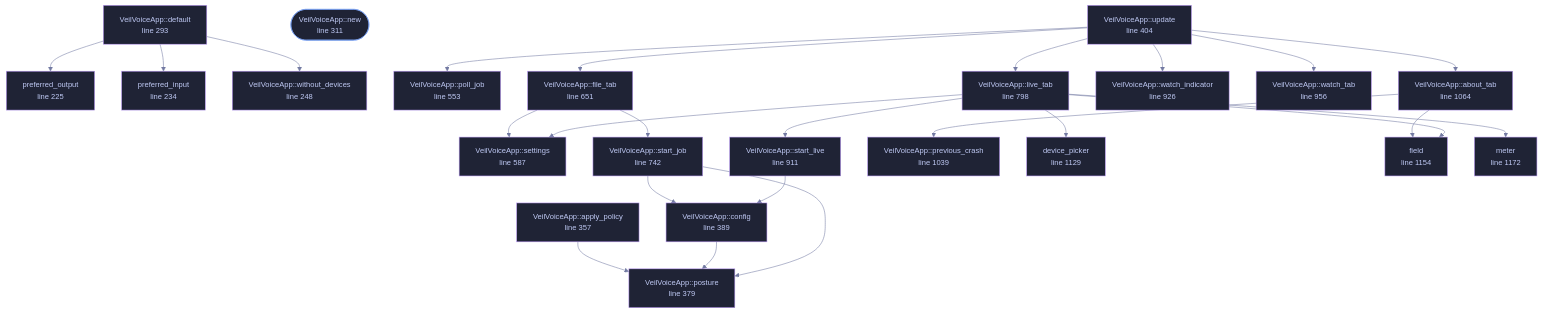
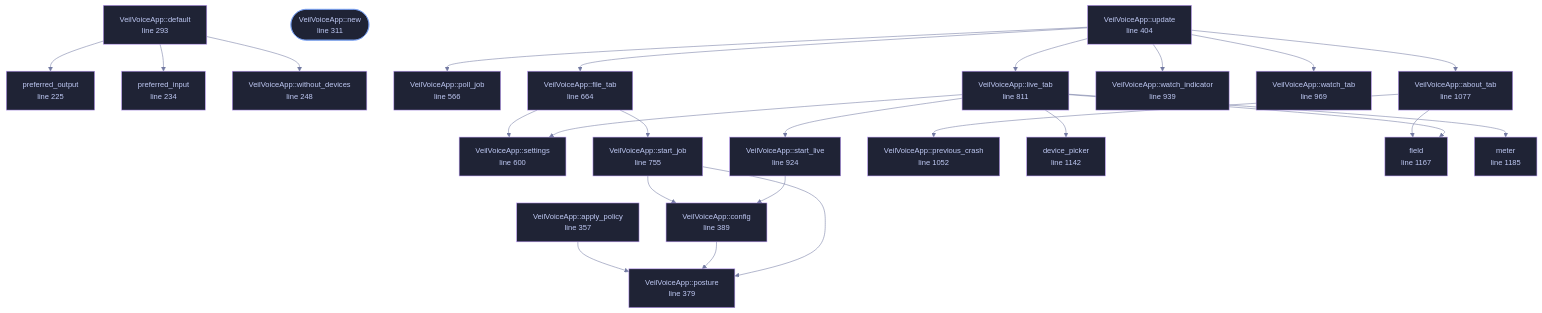
One commit to tilas01/veilvoice changed the diagram in docs/files/veilvoice-gui/app.md. Above: the diagram before and after it, drawn with Mermaid. The commit also changed other lines of this file and 25 other files, not shown here.

````diff
--- a/docs/files/veilvoice-gui/app.md
+++ b/docs/files/veilvoice-gui/app.md
@@ -162,75 +162,75 @@
 ```mermaid
 %%{init: {"theme":"base","themeVariables":{"background":"#1a1b26","primaryColor":"#1f2335","primaryTextColor":"#c0caf5","primaryBorderColor":"#7aa2f7","secondaryColor":"#16161e","tertiaryColor":"#16161e","lineColor":"#737aa2","textColor":"#c0caf5","mainBkg":"#1f2335","nodeBorder":"#7aa2f7","clusterBkg":"#16161e","clusterBorder":"#2f3549","fontFamily":"ui-monospace, SFMono-Regular, Consolas, monospace","fontSize":"14px"}}}%%
 flowchart TD
     n_preferred_output["preferred_output<br/>line 225"]
     n_preferred_input["preferred_input<br/>line 234"]
     n_without_devices["VeilVoiceApp::without_devices<br/>line 248"]
     n_default["VeilVoiceApp::default<br/>line 293"]
     n_new(["VeilVoiceApp::new<br/>line 311"])
     n_apply_policy["VeilVoiceApp::apply_policy<br/>line 357"]
     n_posture["VeilVoiceApp::posture<br/>line 379"]
     n_config["VeilVoiceApp::config<br/>line 389"]
     n_update["VeilVoiceApp::update<br/>line 404"]
-    n_poll_job["VeilVoiceApp::poll_job<br/>line 553"]
-    n_settings["VeilVoiceApp::settings<br/>line 587"]
-    n_file_tab["VeilVoiceApp::file_tab<br/>line 651"]
-    n_start_job["VeilVoiceApp::start_job<br/>line 742"]
-    n_live_tab["VeilVoiceApp::live_tab<br/>line 798"]
-    n_start_live["VeilVoiceApp::start_live<br/>line 911"]
-    n_watch_indicator["VeilVoiceApp::watch_indicator<br/>line 926"]
-    n_watch_tab["VeilVoiceApp::watch_tab<br/>line 956"]
-    n_previous_crash["VeilVoiceApp::previous_crash<br/>line 1039"]
-    n_about_tab["VeilVoiceApp::about_tab<br/>line 1064"]
-    n_device_picker["device_picker<br/>line 1129"]
-    n_field["field<br/>line 1154"]
-    n_meter["meter<br/>line 1172"]
+    n_poll_job["VeilVoiceApp::poll_job<br/>line 566"]
+    n_settings["VeilVoiceApp::settings<br/>line 600"]
+    n_file_tab["VeilVoiceApp::file_tab<br/>line 664"]
+    n_start_job["VeilVoiceApp::start_job<br/>line 755"]
+    n_live_tab["VeilVoiceApp::live_tab<br/>line 811"]
+    n_start_live["VeilVoiceApp::start_live<br/>line 924"]
+    n_watch_indicator["VeilVoiceApp::watch_indicator<br/>line 939"]
+    n_watch_tab["VeilVoiceApp::watch_tab<br/>line 969"]
+    n_previous_crash["VeilVoiceApp::previous_crash<br/>line 1052"]
+    n_about_tab["VeilVoiceApp::about_tab<br/>line 1077"]
+    n_device_picker["device_picker<br/>line 1142"]
+    n_field["field<br/>line 1167"]
+    n_meter["meter<br/>line 1185"]
     n_about_tab --> n_field
     n_about_tab --> n_previous_crash
     n_apply_policy --> n_posture
     n_config --> n_posture
     n_default --> n_preferred_input
     n_default --> n_preferred_output
     n_default --> n_without_devices
     n_file_tab --> n_settings
     n_file_tab --> n_start_job
     n_live_tab --> n_device_picker
     n_live_tab --> n_field
     n_live_tab --> n_meter
     n_live_tab --> n_settings
     n_live_tab --> n_start_live
     n_start_job --> n_config
     n_start_job --> n_posture
     n_start_live --> n_config
     n_update --> n_about_tab
     n_update --> n_file_tab
     n_update --> n_live_tab
     n_update --> n_poll_job
     n_update --> n_watch_indicator
     n_update --> n_watch_tab
     click n_preferred_output href "https://github.com/tilas01/veilvoice/blob/main/crates/veilvoice-gui/src/app.rs#L225" "open the source"
     click n_preferred_input href "https://github.com/tilas01/veilvoice/blob/main/crates/veilvoice-gui/src/app.rs#L234" "open the source"
     click n_without_devices href "https://github.com/tilas01/veilvoice/blob/main/crates/veilvoice-gui/src/app.rs#L248" "open the source"
     click n_default href "https://github.com/tilas01/veilvoice/blob/main/crates/veilvoice-gui/src/app.rs#L293" "open the source"
     click n_new href "https://github.com/tilas01/veilvoice/blob/main/crates/veilvoice-gui/src/app.rs#L311" "open the source"
     click n_apply_policy href "https://github.com/tilas01/veilvoice/blob/main/crates/veilvoice-gui/src/app.rs#L357" "open the source"
     click n_posture href "https://github.com/tilas01/veilvoice/blob/main/crates/veilvoice-gui/src/app.rs#L379" "open the source"
     click n_config href "https://github.com/tilas01/veilvoice/blob/main/crates/veilvoice-gui/src/app.rs#L389" "open the source"
     click n_update href "https://github.com/tilas01/veilvoice/blob/main/crates/veilvoice-gui/src/app.rs#L404" "open the source"
-    click n_poll_job href "https://github.com/tilas01/veilvoice/blob/main/crates/veilvoice-gui/src/app.rs#L553" "open the source"
-    click n_settings href "https://github.com/tilas01/veilvoice/blob/main/crates/veilvoice-gui/src/app.rs#L587" "open the source"
-    click n_file_tab href "https://github.com/tilas01/veilvoice/blob/main/crates/veilvoice-gui/src/app.rs#L651" "open the source"
-    click n_start_job href "https://github.com/tilas01/veilvoice/blob/main/crates/veilvoice-gui/src/app.rs#L742" "open the source"
-    click n_live_tab href "https://github.com/tilas01/veilvoice/blob/main/crates/veilvoice-gui/src/app.rs#L798" "open the source"
-    click n_start_live href "https://github.com/tilas01/veilvoice/blob/main/crates/veilvoice-gui/src/app.rs#L911" "open the source"
-    click n_watch_indicator href "https://github.com/tilas01/veilvoice/blob/main/crates/veilvoice-gui/src/app.rs#L926" "open the source"
-    click n_watch_tab href "https://github.com/tilas01/veilvoice/blob/main/crates/veilvoice-gui/src/app.rs#L956" "open the source"
-    click n_previous_crash href "https://github.com/tilas01/veilvoice/blob/main/crates/veilvoice-gui/src/app.rs#L1039" "open the source"
-    click n_about_tab href "https://github.com/tilas01/veilvoice/blob/main/crates/veilvoice-gui/src/app.rs#L1064" "open the source"
-    click n_device_picker href "https://github.com/tilas01/veilvoice/blob/main/crates/veilvoice-gui/src/app.rs#L1129" "open the source"
-    click n_field href "https://github.com/tilas01/veilvoice/blob/main/crates/veilvoice-gui/src/app.rs#L1154" "open the source"
-    click n_meter href "https://github.com/tilas01/veilvoice/blob/main/crates/veilvoice-gui/src/app.rs#L1172" "open the source"
+    click n_poll_job href "https://github.com/tilas01/veilvoice/blob/main/crates/veilvoice-gui/src/app.rs#L566" "open the source"
+    click n_settings href "https://github.com/tilas01/veilvoice/blob/main/crates/veilvoice-gui/src/app.rs#L600" "open the source"
+    click n_file_tab href "https://github.com/tilas01/veilvoice/blob/main/crates/veilvoice-gui/src/app.rs#L664" "open the source"
+    click n_start_job href "https://github.com/tilas01/veilvoice/blob/main/crates/veilvoice-gui/src/app.rs#L755" "open the source"
+    click n_live_tab href "https://github.com/tilas01/veilvoice/blob/main/crates/veilvoice-gui/src/app.rs#L811" "open the source"
+    click n_start_live href "https://github.com/tilas01/veilvoice/blob/main/crates/veilvoice-gui/src/app.rs#L924" "open the source"
+    click n_watch_indicator href "https://github.com/tilas01/veilvoice/blob/main/crates/veilvoice-gui/src/app.rs#L939" "open the source"
+    click n_watch_tab href "https://github.com/tilas01/veilvoice/blob/main/crates/veilvoice-gui/src/app.rs#L969" "open the source"
+    click n_previous_crash href "https://github.com/tilas01/veilvoice/blob/main/crates/veilvoice-gui/src/app.rs#L1052" "open the source"
+    click n_about_tab href "https://github.com/tilas01/veilvoice/blob/main/crates/veilvoice-gui/src/app.rs#L1077" "open the source"
+    click n_device_picker href "https://github.com/tilas01/veilvoice/blob/main/crates/veilvoice-gui/src/app.rs#L1142" "open the source"
+    click n_field href "https://github.com/tilas01/veilvoice/blob/main/crates/veilvoice-gui/src/app.rs#L1167" "open the source"
+    click n_meter href "https://github.com/tilas01/veilvoice/blob/main/crates/veilvoice-gui/src/app.rs#L1185" "open the source"
     classDef entry fill:#1f2335,stroke:#7aa2f7,color:#c0caf5
     class n_new entry
     classDef helper fill:#1f2335,stroke:#bb9af7,color:#c0caf5
     class n_preferred_output,n_preferred_input,n_without_devices,n_default,n_apply_policy,n_posture,n_config,n_update,n_poll_job,n_settings,n_file_tab,n_start_job,n_live_tab,n_start_live,n_watch_indicator,n_watch_tab,n_previous_crash,n_about_tab,n_device_picker,n_field,n_meter helper
 ```
````
